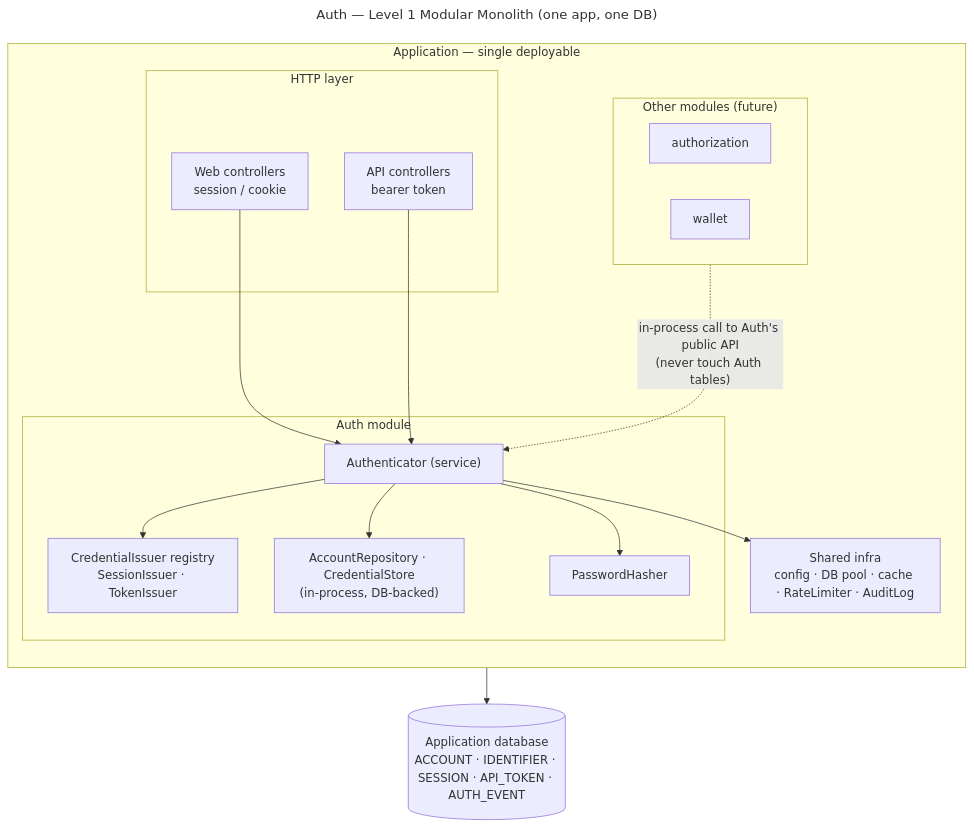
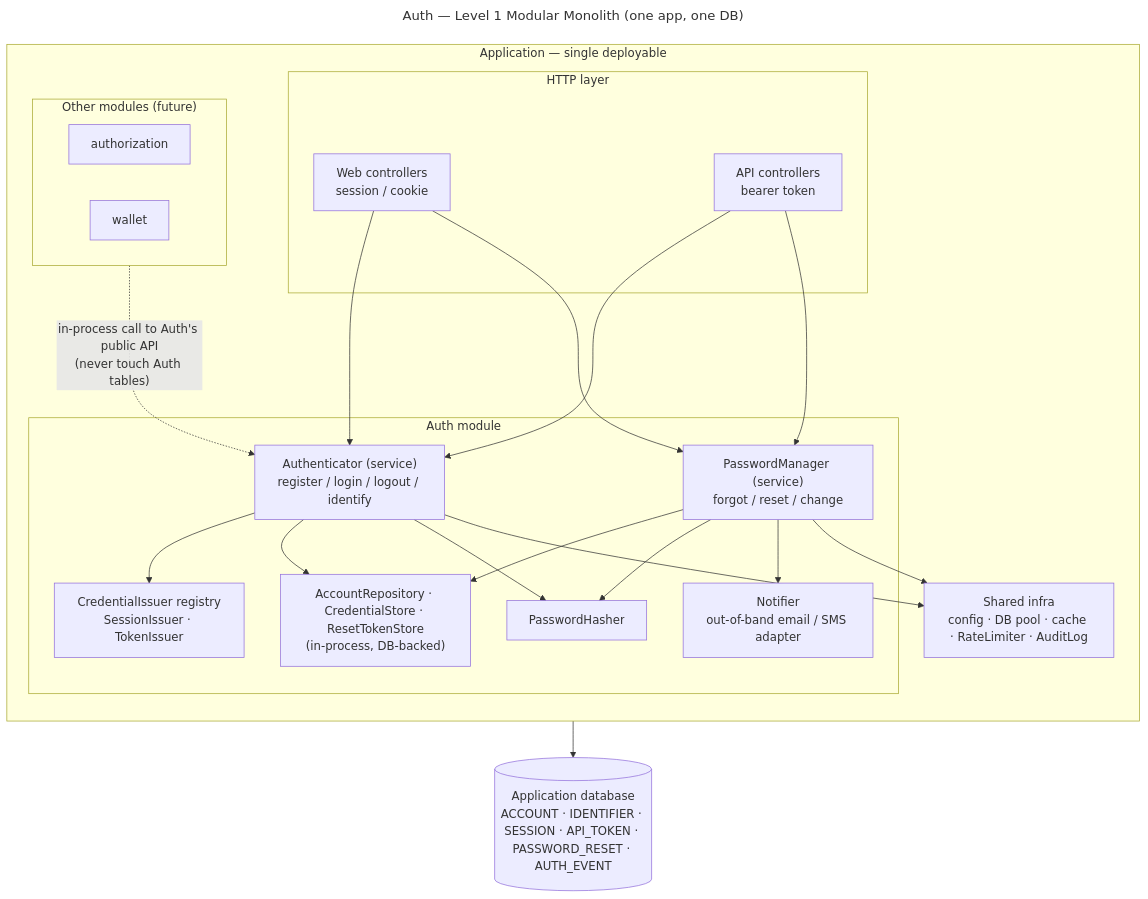
The diagram in auth/modular-monolith/architecture.md (aristonis/system-design-components), drawn with Mermaid before and after one commit. The commit also changed other lines of this file and 19 other files, not shown here.

First line of the commit message:
docs(auth): add forgot/reset/change-password

````diff
--- a/auth/modular-monolith/architecture.md
+++ b/auth/modular-monolith/architecture.md
@@ -11,34 +11,42 @@
 ```mermaid
 ---
 title: Auth — Level 1 Modular Monolith (one app, one DB)
 ---
 flowchart TB
     subgraph App["Application — single deployable"]
       direction TB
       subgraph HTTP["HTTP layer"]
         WC["Web controllers<br/>session / cookie"]
         AC["API controllers<br/>bearer token"]
       end
       subgraph AuthMod["Auth module"]
-        Authn["Authenticator (service)"]
+        Authn["Authenticator (service)<br/>register / login / logout / identify"]
+        PwdMgr["PasswordManager (service)<br/>forgot / reset / change"]
         Issuers["CredentialIssuer registry<br/>SessionIssuer · TokenIssuer"]
-        Repos["AccountRepository · CredentialStore<br/>(in-process, DB-backed)"]
+        Repos["AccountRepository · CredentialStore · ResetTokenStore<br/>(in-process, DB-backed)"]
         Hasher["PasswordHasher"]
+        Notif["Notifier<br/>out-of-band email / SMS adapter"]
       end
       subgraph Other["Other modules (future)"]
         Authz["authorization"]
         Wallet["wallet"]
       end
       Infra["Shared infra<br/>config · DB pool · cache · RateLimiter · AuditLog"]
     end
-    DB[("Application database<br/>ACCOUNT · IDENTIFIER · SESSION · API_TOKEN · AUTH_EVENT")]
+    DB[("Application database<br/>ACCOUNT · IDENTIFIER · SESSION · API_TOKEN · PASSWORD_RESET · AUTH_EVENT")]
 
     WC --> Authn
     AC --> Authn
+    WC --> PwdMgr
+    AC --> PwdMgr
     Authn --> Issuers
     Authn --> Repos
     Authn --> Hasher
     Authn --> Infra
+    PwdMgr --> Repos
+    PwdMgr --> Hasher
+    PwdMgr --> Notif
+    PwdMgr --> Infra
     Repos --> DB
     Other -. "in-process call to Auth's public API<br/>(never touch Auth tables)" .-> Authn
 ```
````
